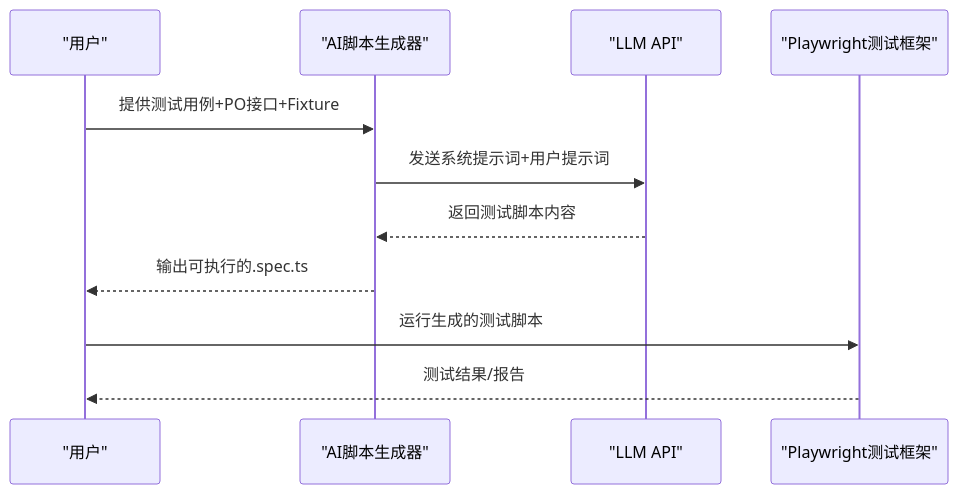
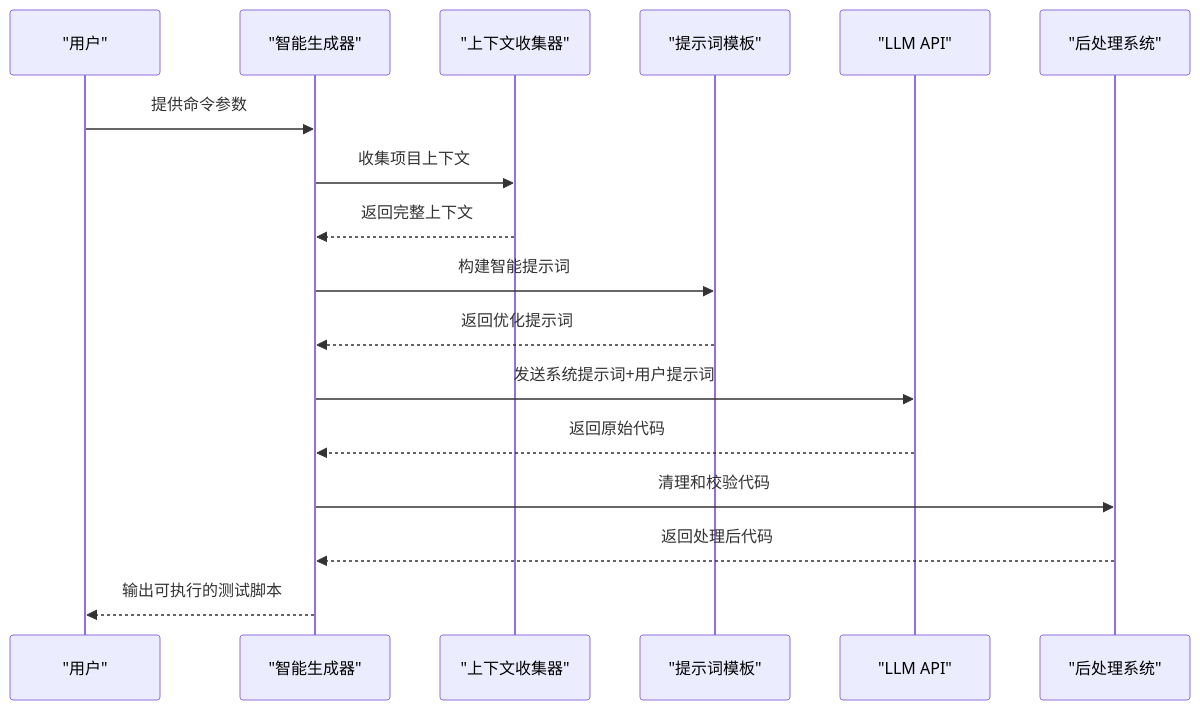
One commit to zzgoviziwind/--playwright changed the second of 9 diagrams in .qoder/repowiki/zh/content/AI测试生成系统/AI测试脚本生成器.md. Above: the diagram before and after it, drawn with Mermaid. The commit also changed other lines of this file and 112 other files, not shown here.

````diff
--- a/.qoder/repowiki/zh/content/AI测试生成系统/AI测试脚本生成器.md
+++ b/.qoder/repowiki/zh/content/AI测试生成系统/AI测试脚本生成器.md
@@ -126,13 +158,19 @@
 ```mermaid
 sequenceDiagram
 participant 用户 as "用户"
-participant 生成器 as "AI脚本生成器"
+participant 生成器 as "智能生成器"
+participant 上下文 as "上下文收集器"
+participant 模板 as "提示词模板"
 participant LLM as "LLM API"
-participant Playwright as "Playwright测试框架"
-用户->>生成器 : 提供测试用例+PO接口+Fixture
+participant 后处理 as "后处理系统"
+用户->>生成器 : 提供命令参数
+生成器->>上下文 : 收集项目上下文
+上下文-->>生成器 : 返回完整上下文
+生成器->>模板 : 构建智能提示词
+模板-->>生成器 : 返回优化提示词
 生成器->>LLM : 发送系统提示词+用户提示词
-LLM-->>生成器 : 返回测试脚本内容
-生成器-->>用户 : 输出可执行的.spec.ts
-用户->>Playwright : 运行生成的测试脚本
-Playwright-->>用户 : 测试结果/报告
+LLM-->>生成器 : 返回原始代码
+生成器->>后处理 : 清理和校验代码
+后处理-->>生成器 : 返回处理后代码
+生成器-->>用户 : 输出可执行的测试脚本
 ```
````
